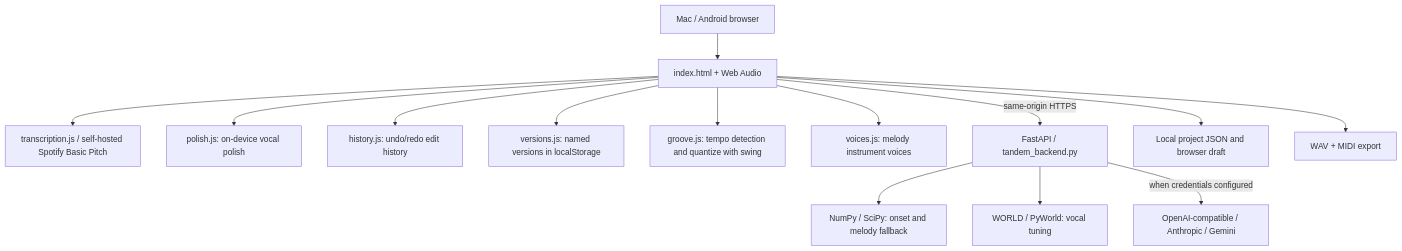
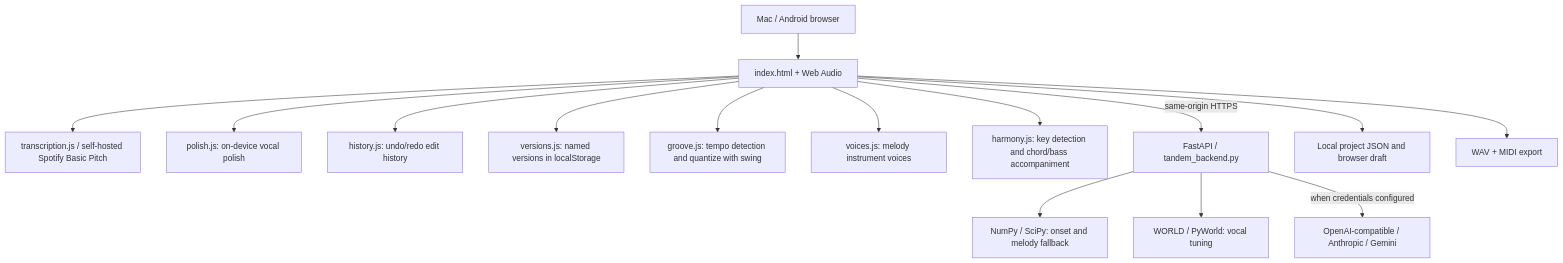
Before and after one commit to ogoldberg/tandem-music: the diagram in docs/ARCHITECTURE.md, drawn with Mermaid. The commit also changed other lines of this file and 16 other files, not shown here.

First line of the commit message:
ARR.1c: generate a chord or bass accompaniment from the melody's key (#33)

````diff
--- a/docs/ARCHITECTURE.md
+++ b/docs/ARCHITECTURE.md
@@ -7,16 +7,17 @@
 ```mermaid
 flowchart TD
   User[Mac / Android browser] --> UI[index.html + Web Audio]
   UI --> Basic[transcription.js / self-hosted Spotify Basic Pitch]
   UI --> Polish[polish.js: on-device vocal polish]
   UI --> History[history.js: undo/redo edit history]
   UI --> Versions[versions.js: named versions in localStorage]
   UI --> Groove[groove.js: tempo detection and quantize with swing]
   UI --> Voices[voices.js: melody instrument voices]
+  UI --> Harmony[harmony.js: key detection and chord/bass accompaniment]
   UI -->|same-origin HTTPS| API[FastAPI / tandem_backend.py]
   API --> DSP[NumPy / SciPy: onset and melody fallback]
   API --> World[WORLD / PyWorld: vocal tuning]
   API -->|when credentials configured| LLM[OpenAI-compatible / Anthropic / Gemini]
   UI --> Local[Local project JSON and browser draft]
   UI --> Export[WAV + MIDI export]
 ```
````
